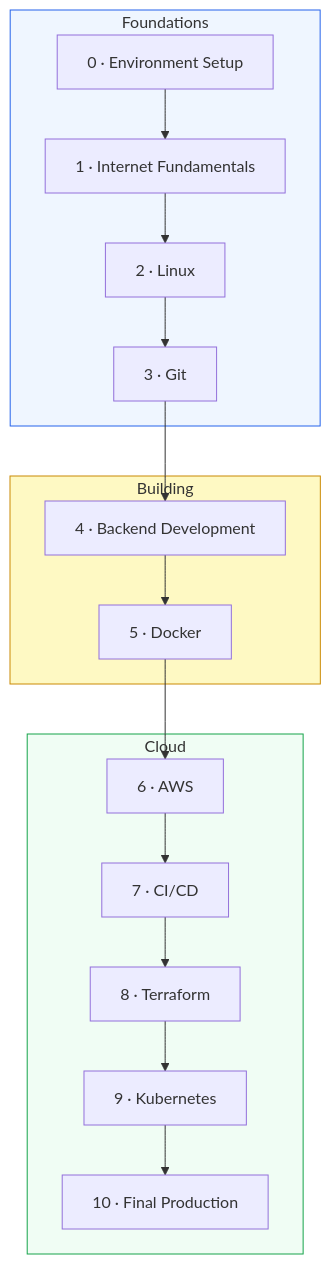
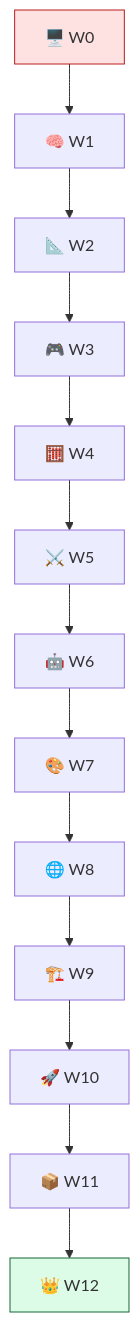
The diagram in ROADMAP.md (raghavpatpatia/cloud-engineer-bootcamp), drawn with Mermaid before and after one commit. The commit also changed other lines of this file and 218 other files, not shown here.

````diff
--- a/ROADMAP.md
+++ b/ROADMAP.md
@@ -11,22 +7,8 @@
 ```mermaid
 flowchart TD
-    subgraph Foundations
-        P0["0 · Environment Setup"] --> P1["1 · Internet Fundamentals"]
-        P1 --> P2["2 · Linux"]
-        P2 --> P3["3 · Git"]
-    end
-    subgraph Building
-        P3 --> P4["4 · Backend Development"]
-        P4 --> P5["5 · Docker"]
-    end
-    subgraph Cloud
-        P5 --> P6["6 · AWS"]
-        P6 --> P7["7 · CI/CD"]
-        P7 --> P8["8 · Terraform"]
-        P8 --> P9["9 · Kubernetes"]
-        P9 --> P10["10 · Final Production"]
-    end
-    style Foundations fill:#eff6ff,stroke:#2563eb
-    style Building fill:#fef9c3,stroke:#ca8a04
-    style Cloud fill:#f0fdf4,stroke:#16a34a
+    W0["🖥️ W0"] --> W1["🧠 W1"] --> W2["📐 W2"] --> W3["🎮 W3"] --> W4["🧮 W4"]
+    W4 --> W5["⚔️ W5"] --> W6["🤖 W6"] --> W7["🎨 W7"] --> W8["🌐 W8"]
+    W8 --> W9["🏗️ W9"] --> W10["🚀 W10"] --> W11["📦 W11"] --> W12["👑 W12"]
+    style W0 fill:#fee2e2,stroke:#b91c1c
+    style W12 fill:#dcfce7,stroke:#166534
 ```
````
